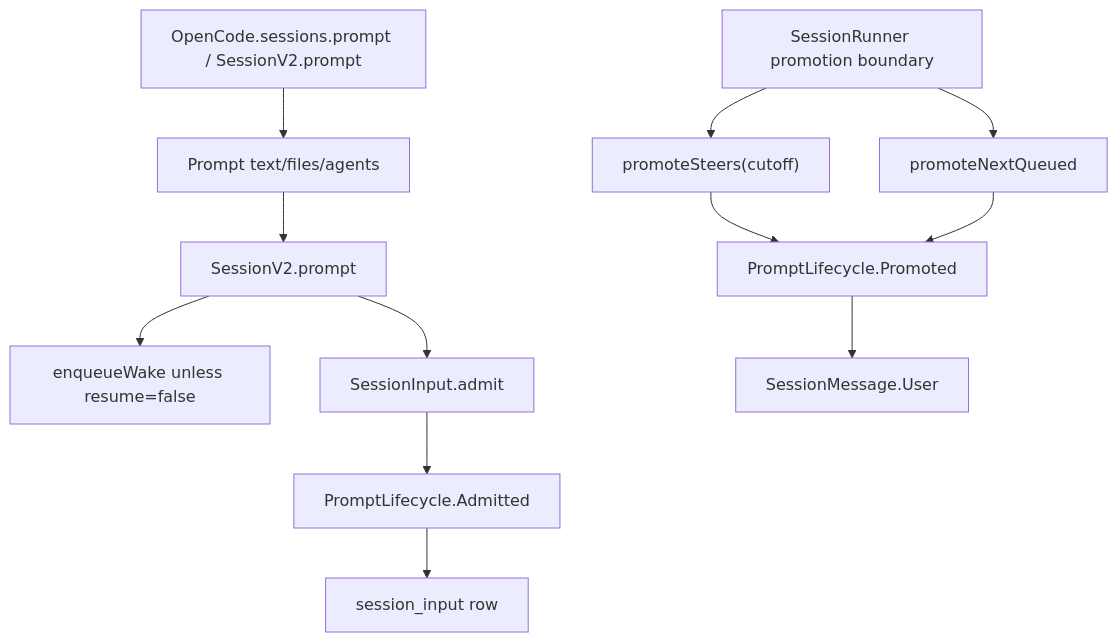
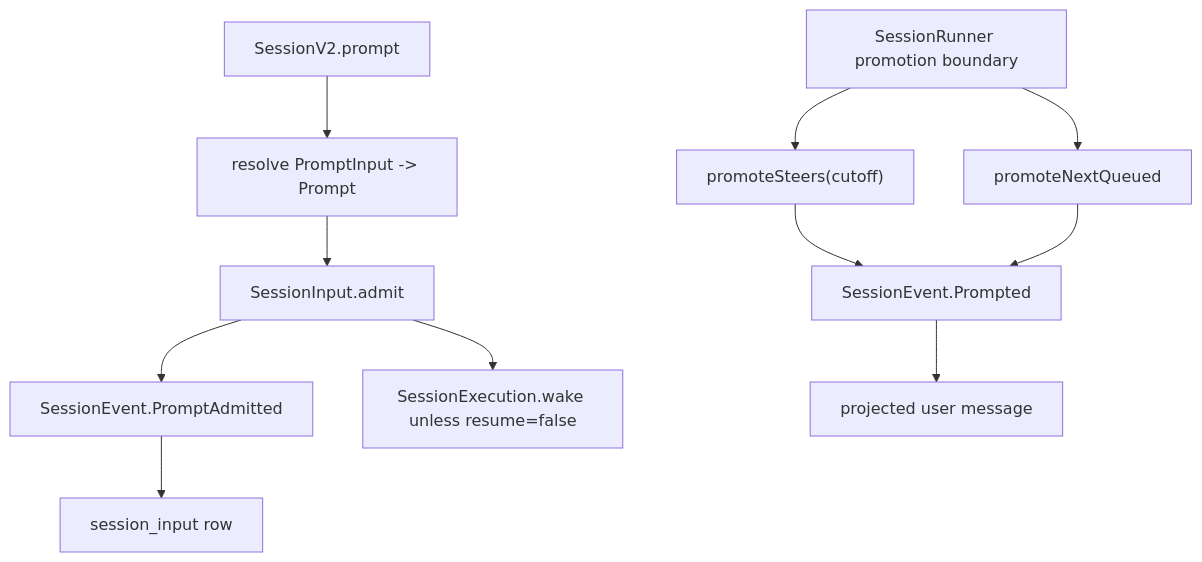
One commit to wdnmdtonyma/SOTA-Agent-LLM-Wiki changed the diagram in docs/llm-wiki/opencode/spine/v2-admission.md. Above: the diagram before and after it, drawn with Mermaid. The commit also changed other lines of this file and 544 other files, not shown here.

````diff
--- a/docs/llm-wiki/opencode/spine/v2-admission.md
+++ b/docs/llm-wiki/opencode/spine/v2-admission.md
@@ -23,14 +23,13 @@
 ```mermaid
 flowchart TD
-  Caller["OpenCode.sessions.prompt / SessionV2.prompt"] --> PromptObj["Prompt text/files/agents"]
-  PromptObj --> SessionPrompt["SessionV2.prompt"]
-  SessionPrompt --> Wake["enqueueWake unless resume=false"]
-  SessionPrompt --> Admit["SessionInput.admit"]
-  Admit --> EventAdmitted["PromptLifecycle.Admitted"]
+  Caller["SessionV2.prompt"] --> Normalize["resolve PromptInput -> Prompt"]
+  Normalize --> Admit["SessionInput.admit"]
+  Admit --> EventAdmitted["SessionEvent.PromptAdmitted"]
   EventAdmitted --> Inbox["session_input row"]
+  Admit --> Wake["SessionExecution.wake unless resume=false"]
   Runner["SessionRunner promotion boundary"] --> PromoteSteer["promoteSteers(cutoff)"]
   Runner --> PromoteQueue["promoteNextQueued"]
-  PromoteSteer --> EventPromoted["PromptLifecycle.Promoted"]
-  PromoteQueue --> EventPromoted
-  EventPromoted --> History["SessionMessage.User"]
+  PromoteSteer --> EventPrompted["SessionEvent.Prompted"]
+  PromoteQueue --> EventPrompted
+  EventPrompted --> History["projected user message"]
 ```
````
